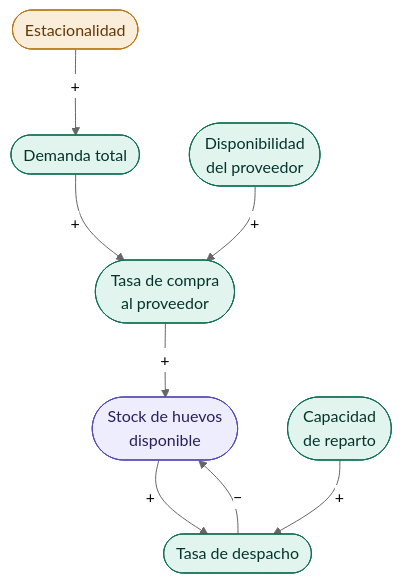
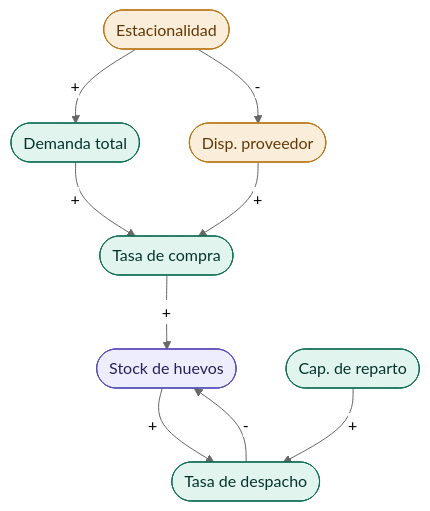
One commit to perrosxdev/Teoria-de-sistemas changed the first of 3 diagrams in docs/propuestas/carlos/readme.md. Above: the diagram before and after it, drawn with Mermaid (neutral theme). The commit also changed other lines of this file, not shown here.

````diff
--- a/docs/propuestas/carlos/readme.md
+++ b/docs/propuestas/carlos/readme.md
@@ -42,22 +55,25 @@
 ```mermaid
 graph TD
     E([Estacionalidad]):::exo
-    D([Demanda total]):::var
-    TC([Tasa de compra\nal proveedor]):::var
-    DP([Disponibilidad\ndel proveedor]):::var
-    S([Stock de huevos\ndisponible]):::stock
-    CR([Capacidad\nde reparto]):::var
-    TD([Tasa de despacho]):::var
+    DP([Disp. proveedor]):::exo
 
-    E -->|+| D
-    D -->|+| TC
+    DT([Demanda total]):::var
+    TC([Tasa de compra]):::flu
+    SH([Stock de huevos]):::stock
+    CR([Cap. de reparto]):::var
+    TD([Tasa de despacho]):::flu
+
+    E  -->|+| DT
+    E  -->|-| DP
+    DT -->|+| TC
     DP -->|+| TC
-    TC -->|+| S
-    S -->|+| TD
+    TC -->|+| SH
+    SH -->|+| TD
     CR -->|+| TD
-    TD -->|−| S
+    TD -->|-| SH
 
-    classDef exo fill:#FAEEDA,stroke:#BA7517,color:#633806
-    classDef var fill:#E1F5EE,stroke:#0F6E56,color:#04342C
+    classDef exo   fill:#FAEEDA,stroke:#BA7517,color:#633806
+    classDef var   fill:#E1F5EE,stroke:#0F6E56,color:#04342C
+    classDef flu   fill:#E1F5EE,stroke:#0F6E56,color:#04342C
     classDef stock fill:#EEEDFE,stroke:#534AB7,color:#26215C
 ```
````
